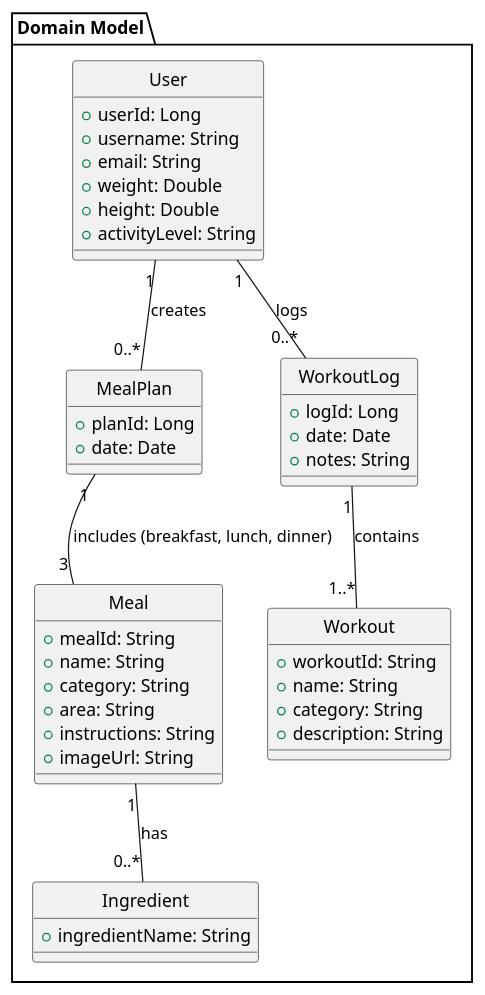
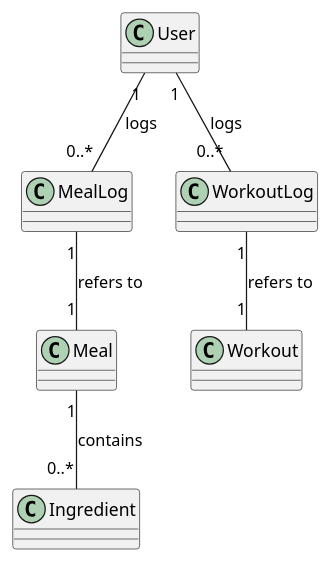
One commit to Jalller/FitMealAPI changed the diagram in src/main/java/app/PlantUML/DomainModel.puml. Above: the diagram before and after it, drawn with PlantUML. The commit also changed 10 other files, not shown here.

Commit message:
add updateWorkout and updateMeal - add some quick diagrams

```diff
--- a/src/main/java/app/PlantUML/DomainModel.puml
+++ b/src/main/java/app/PlantUML/DomainModel.puml
@@ -1,55 +1,17 @@
 @startuml
 'https://plantuml.com/class-diagram
 
 
-skinparam style strictuml
+class User
+class Meal
+class Workout
+class Ingredient
+class MealLog
+class WorkoutLog
 
-package "Domain Model" {
-    class Meal {
-        + mealId: String
-        + name: String
-        + category: String
-        + area: String
-        + instructions: String
-        + imageUrl: String
-    }
-
-    class Ingredient {
-        + ingredientName: String
-    }
-
-    class Workout {
-        + workoutId: String
-        + name: String
-        + category: String
-        + description: String
-    }
-
-    class User {
-        + userId: Long
-        + username: String
-        + email: String
-        + weight: Double
-        + height: Double
-        + activityLevel: String
-    }
-
-    class MealPlan {
-        + planId: Long
-        + date: Date
-    }
-
-    class WorkoutLog {
-        + logId: Long
-        + date: Date
-        + notes: String
-    }
-
-    ' Relationships
-    Meal "1" -- "0..*" Ingredient : has
-    User "1" -- "0..*" MealPlan : creates
-    User "1" -- "0..*" WorkoutLog : logs
-    MealPlan "1" -- "3" Meal : "includes (breakfast, lunch, dinner)"
-    WorkoutLog "1" -- "1..*" Workout : contains
-}
+User "1" -- "0..*" MealLog : logs
+User "1" -- "0..*" WorkoutLog : logs
+Meal "1" -- "0..*" Ingredient : contains
+MealLog "1" -- "1" Meal : refers to
+WorkoutLog "1" -- "1" Workout : refers to
 @enduml
```
